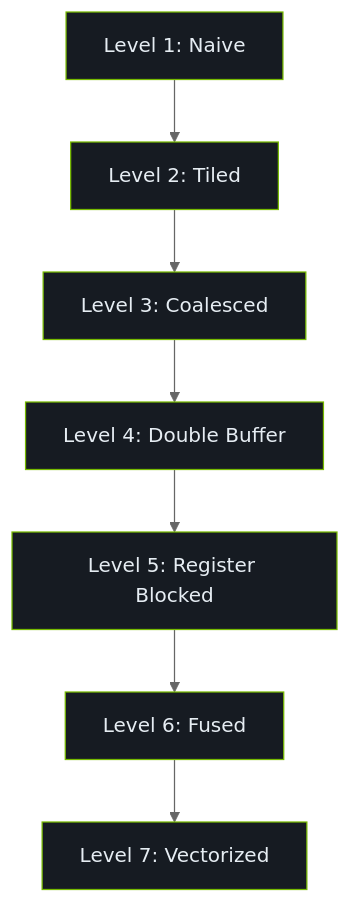
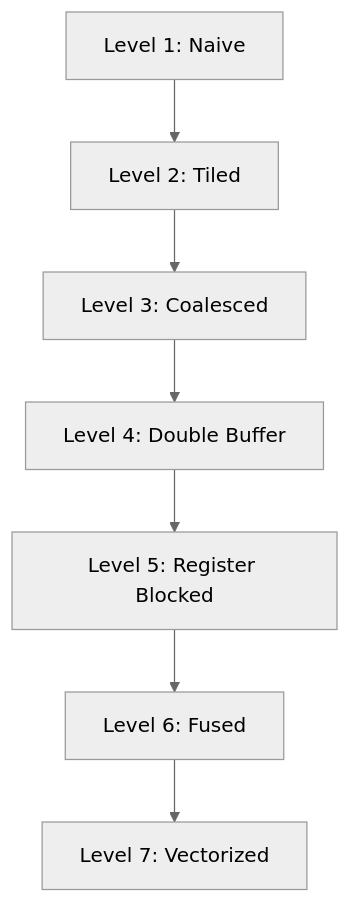
One commit to LessUp/cuda-kernel-academy changed the second of 3 diagrams in docs/zh/modules/04/architecture.md. Above: the diagram before and after it, drawn with Mermaid (neutral theme). The commit also changed other lines of this file and 45 other files, not shown here.

````diff
--- a/docs/zh/modules/04/architecture.md
+++ b/docs/zh/modules/04/architecture.md
@@ -160,17 +128,10 @@
 ```mermaid
 flowchart TB
     L1["Level 1: Naive"] --> L2["Level 2: Tiled"]
     L2 --> L3["Level 3: Coalesced"]
     L3 --> L4["Level 4: Double Buffer"]
     L4 --> L5["Level 5: Register Blocked"]
     L5 --> L6["Level 6: Fused"]
     L6 --> L7["Level 7: Vectorized"]
 
-    style L1 fill:#161b22,stroke:#76B900,color:#e6edf3
-    style L2 fill:#161b22,stroke:#76B900,color:#e6edf3
-    style L3 fill:#161b22,stroke:#76B900,color:#e6edf3
-    style L4 fill:#161b22,stroke:#76B900,color:#e6edf3
-    style L5 fill:#161b22,stroke:#76B900,color:#e6edf3
-    style L6 fill:#161b22,stroke:#76B900,color:#e6edf3
-    style L7 fill:#161b22,stroke:#76B900,color:#e6edf3
 ```
````
